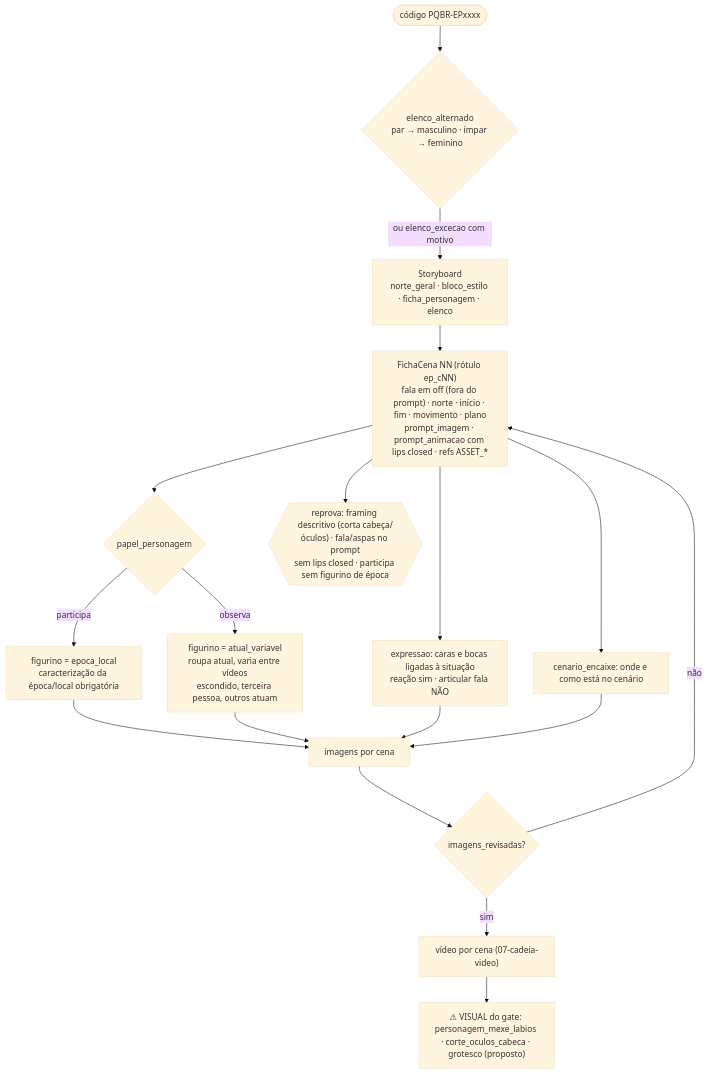
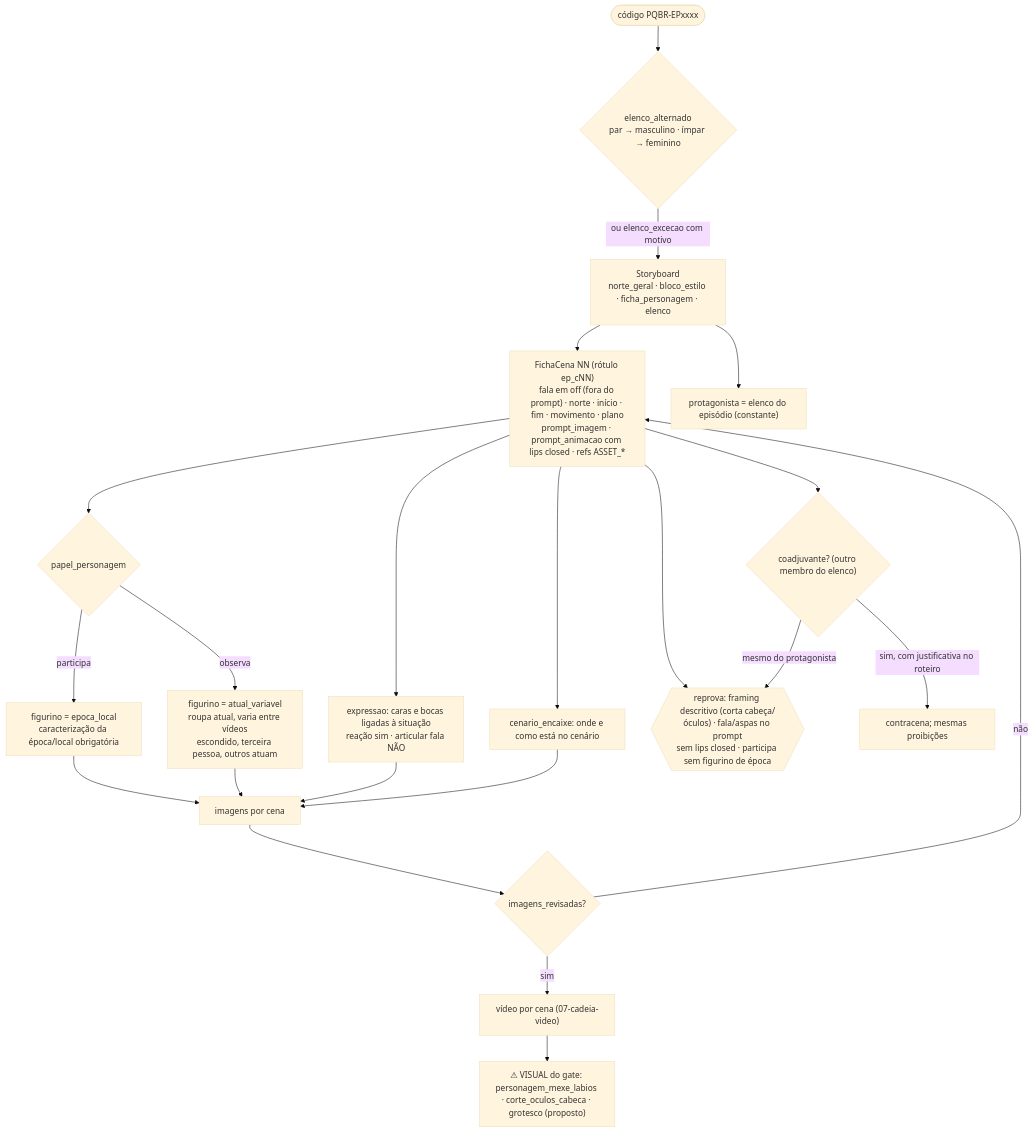
Before and after one commit to jvmendesjr/PQBR: the diagram in docs/mapa/12-storyboard-elenco.mmd, drawn with Mermaid (base theme). The commit also changed 8 other files, not shown here.

Commit message:
0.6.1: t79u protagonista único + coadjuvante; ficha feminina corrigida; mapa 12

```diff
--- a/docs/mapa/12-storyboard-elenco.mmd
+++ b/docs/mapa/12-storyboard-elenco.mmd
@@ -1,16 +1,21 @@
 %% Storyboard em série, personagem e elenco (t75u–t78u, 26/10/2026). Regra central do José: CONTRATO-EDITORIAL §18, REGRAS §25.
 %% Contrato: src/pqbr/contratos/storyboard.py (FichaCena/Storyboard 1.1.0). Fichas do elenco: config/estilo_visual.json → elenco.
 flowchart TD
   COD(["código PQBR-EPxxxx"]) --> ALT{"elenco_alternado<br/>par → masculino · ímpar → feminino"}
   ALT -->|ou elenco_excecao com motivo| SB["Storyboard<br/>norte_geral · bloco_estilo · ficha_personagem · elenco"]
   SB --> FC["FichaCena NN (rótulo ep_cNN)<br/>fala em off (fora do prompt) · norte · início · fim · movimento · plano<br/>prompt_imagem · prompt_animacao com lips closed · refs ASSET_*"]
   FC --> PAP{"papel_personagem"}
   PAP -->|participa| EPO["figurino = epoca_local<br/>caracterização da época/local obrigatória"]
   PAP -->|observa| ATU["figurino = atual_variavel<br/>roupa atual, varia entre vídeos<br/>escondido, terceira pessoa, outros atuam"]
   FC --> EXP["expressao: caras e bocas ligadas à situação<br/>reação sim · articular fala NÃO"]
   FC --> ENC["cenario_encaixe: onde e como está no cenário"]
   FC --> PROI{{"reprova: framing descritivo (corta cabeça/óculos) · fala/aspas no prompt<br/>sem lips closed · participa sem figurino de época"}}
   EPO & ATU & EXP & ENC --> IMG["imagens por cena"] --> REV{"imagens_revisadas?"}
   REV -- não --> FC
   REV -- sim --> VID["vídeo por cena (07-cadeia-video)"]
   VID --> VIS["⚠ VISUAL do gate: personagem_mexe_labios · corte_oculos_cabeca · grotesco (proposto)"]
+  %% t79u: protagonista único + coadjuvante opcional
+  SB --> PROT["protagonista = elenco do episódio (constante)"]
+  FC --> CO{"coadjuvante? (outro membro do elenco)"}
+  CO -->|sim, com justificativa no roteiro| CJ["contracena; mesmas proibições"]
+  CO -->|mesmo do protagonista| PROI
```
